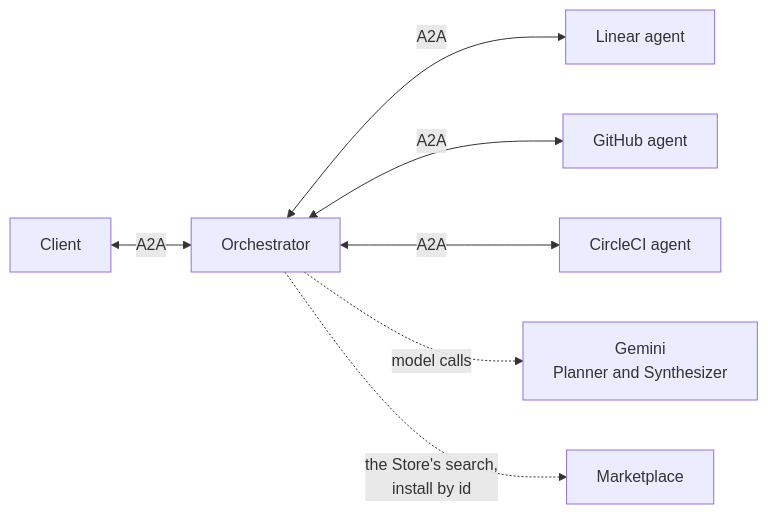
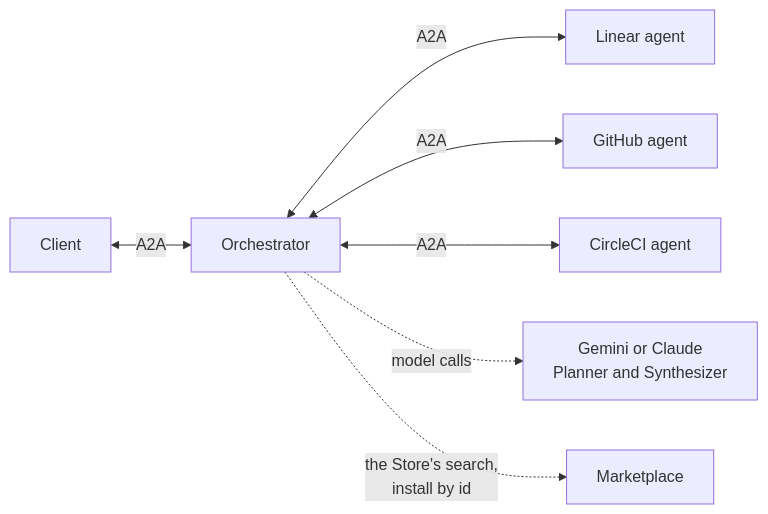
One commit to retz8/a2uiverse changed the diagram in apps/orchestrator/README.md. Above: the diagram before and after it, drawn with Mermaid. The commit also changed other lines of this file and 19 other files, not shown here.

````diff
--- a/apps/orchestrator/README.md
+++ b/apps/orchestrator/README.md
@@ -11,9 +11,9 @@
 ```mermaid
 flowchart LR
     C["Client"] <-->|A2A| O["Orchestrator"]
     O <-->|A2A| L["Linear agent"]
     O <-->|A2A| G["GitHub agent"]
     O <-->|A2A| CI["CircleCI agent"]
-    O -.->|model calls| M["Gemini<br/>Planner and Synthesizer"]
+    O -.->|model calls| M["Gemini or Claude<br/>Planner and Synthesizer"]
     O -.->|the Store's search,<br/>install by id| MK["Marketplace"]
 ```
````
